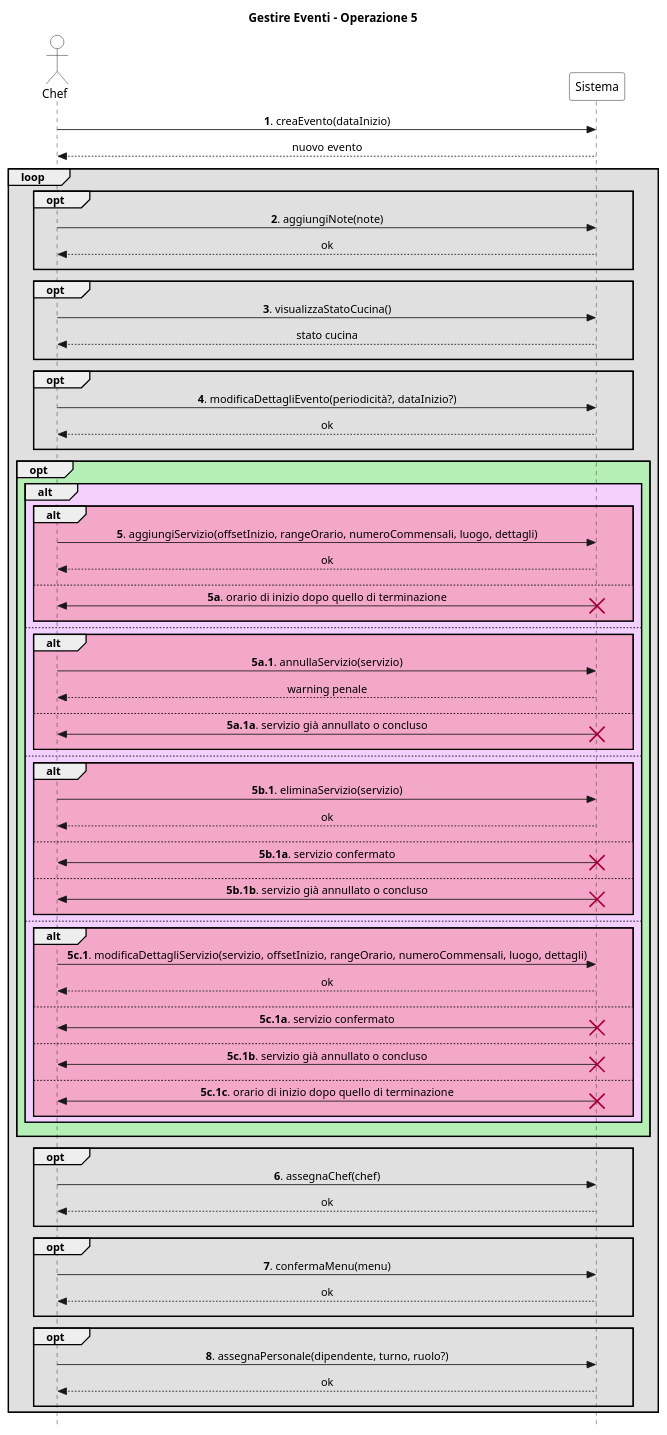
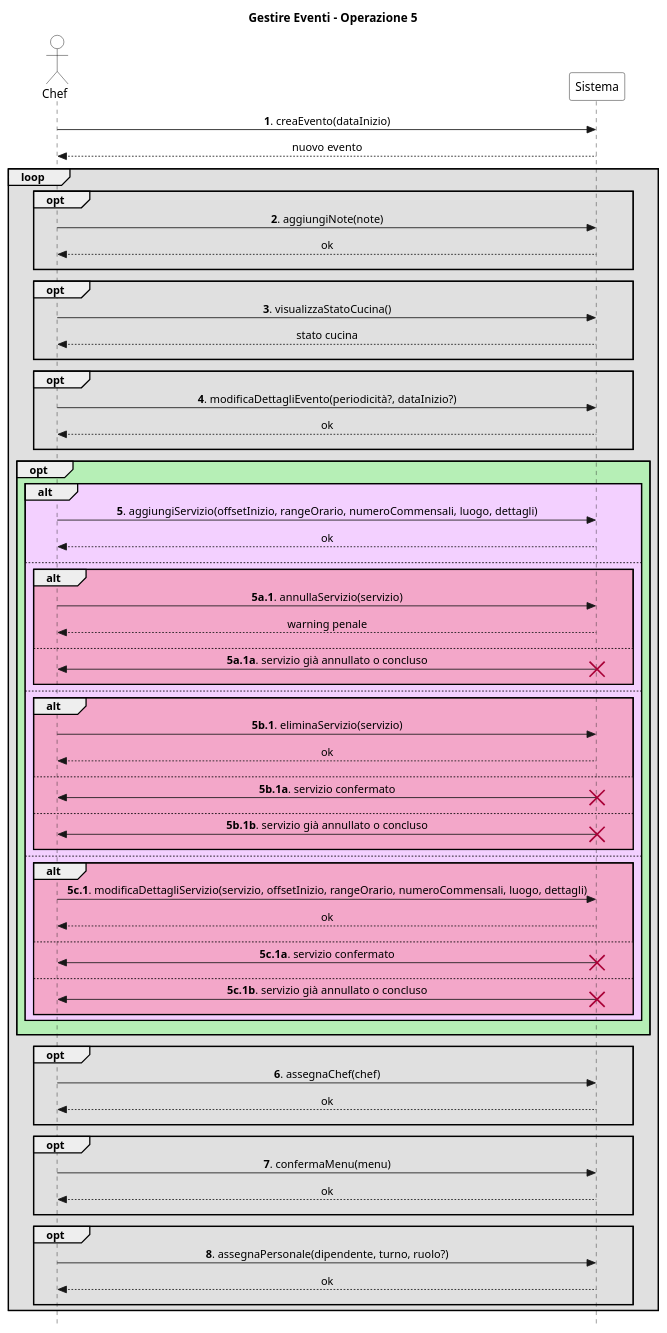
Before and after one commit to stefa168/sas-project: the diagram in UP/Requisiti/UC Gestire Eventi/SSD/Estensioni-Eccezioni Op5.puml, drawn with PlantUML.

Commit message:
Rimosse eccezioni non più necessarie del passo 5

```diff
--- a/UP/Requisiti/UC Gestire Eventi/SSD/Estensioni-Eccezioni Op5.puml
+++ b/UP/Requisiti/UC Gestire Eventi/SSD/Estensioni-Eccezioni Op5.puml
@@ -1,114 +1,104 @@
 @startuml
 skinparam Style strictuml
 skinparam SequenceMessageAlign center
 
 skinparam sequence {
     ActorBorderColor Black
     ActorBackgroundColor White
     ParticipantBorderColor Black
     ParticipantBackgroundColor White
 }
 
 actor Chef
 participant Sistema
 
 title Gestire Eventi - Operazione 5
 
 Chef -> Sistema: **1**. creaEvento(dataInizio)
 return nuovo evento
 
 loop #e0e0e0
     opt #e0e0e0
         Chef -> Sistema: **2**. aggiungiNote(note)
         return ok
         ||10||
     end
 
     opt #e0e0e0
         Chef -> Sistema: **3**. visualizzaStatoCucina()
         return stato cucina
         ||10||
     end
 
     opt #e0e0e0
         Chef -> Sistema: **4**. modificaDettagliEvento(periodicità?, dataInizio?)
         return ok
         ||10||
     end
 
     opt #b6efb6
         alt #f3d0ff
-            alt #f3a7c9
-                Chef -> Sistema: **5**. aggiungiServizio(offsetInizio, rangeOrario, numeroCommensali, luogo, dettagli)
-                return ok
-                ||10||
-            else
-                Chef <- Sistema: **5a**. orario di inizio dopo quello di terminazione
-                destroy Sistema
-                ||10||
-            end
+            Chef -> Sistema: **5**. aggiungiServizio(offsetInizio, rangeOrario, numeroCommensali, luogo, dettagli)
+            return ok
+            ||10||
         else
             alt #f3a7c9
                 Chef -> Sistema: **5a.1**. annullaServizio(servizio)
                 return warning penale
                 ||10||
             else
                 Chef <- Sistema: **5a.1a**. servizio già annullato o concluso
                 destroy Sistema
                 ||10||
             end
         else
             alt #f3a7c9
                 Chef -> Sistema: **5b.1**. eliminaServizio(servizio)
                 return ok
                 ||10||
             else
                 Chef <- Sistema: **5b.1a**. servizio confermato
                 destroy Sistema
                 ||10||
             else
                 Chef <- Sistema: **5b.1b**. servizio già annullato o concluso
                 destroy Sistema
                 ||10||
             end
         else
             alt #f3a7c9
                 Chef -> Sistema: **5c.1**. modificaDettagliServizio(servizio, offsetInizio, rangeOrario, numeroCommensali, luogo, dettagli)
                 return ok
                 ||10||
             else
                 Chef <- Sistema: **5c.1a**. servizio confermato
                 destroy Sistema
                 ||10||
             else
                 Chef <- Sistema: **5c.1b**. servizio già annullato o concluso
                 destroy Sistema
                 ||10||
-            else
-                Chef <- Sistema: **5c.1c**. orario di inizio dopo quello di terminazione
-                destroy Sistema
-                ||10||
             end
         end
         ||10||
     end
 
     opt #e0e0e0
         Chef -> Sistema: **6**. assegnaChef(chef)
         return ok
         ||10||
     end
 
     opt #e0e0e0
         Chef -> Sistema: **7**. confermaMenu(menu)
         return ok
         ||10||
     end
 
     opt #e0e0e0
         Chef -> Sistema: **8**. assegnaPersonale(dipendente, turno, ruolo?)
         return ok
         ||10||
     end
 end
 @enduml
```
